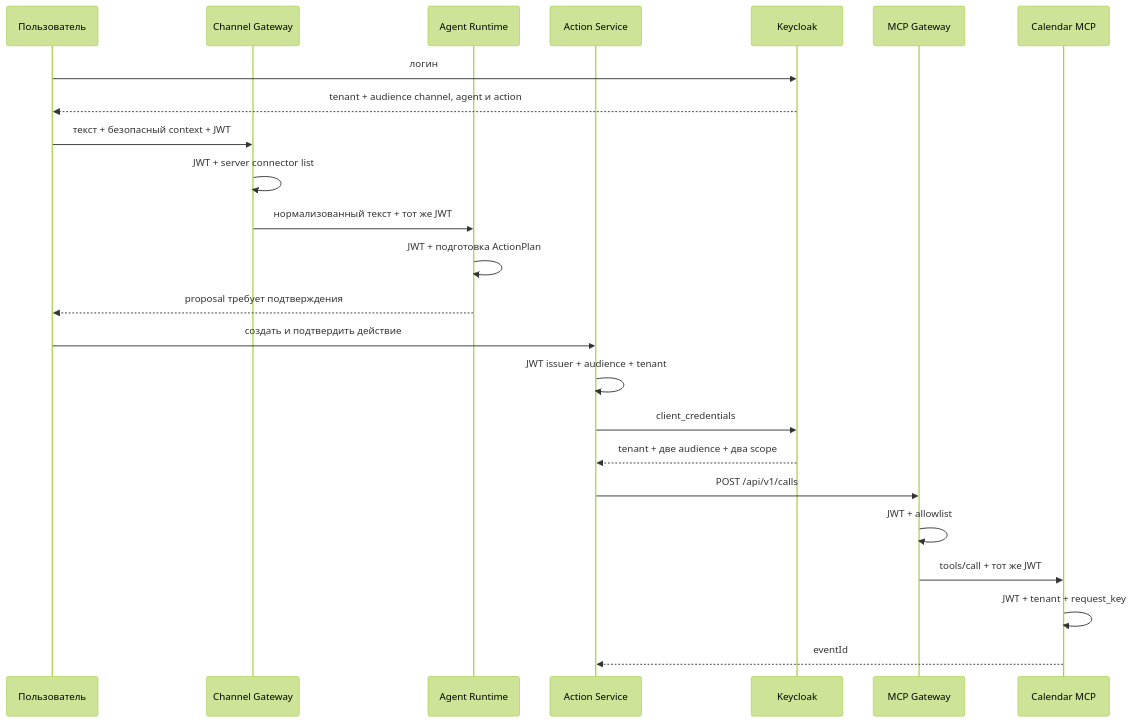
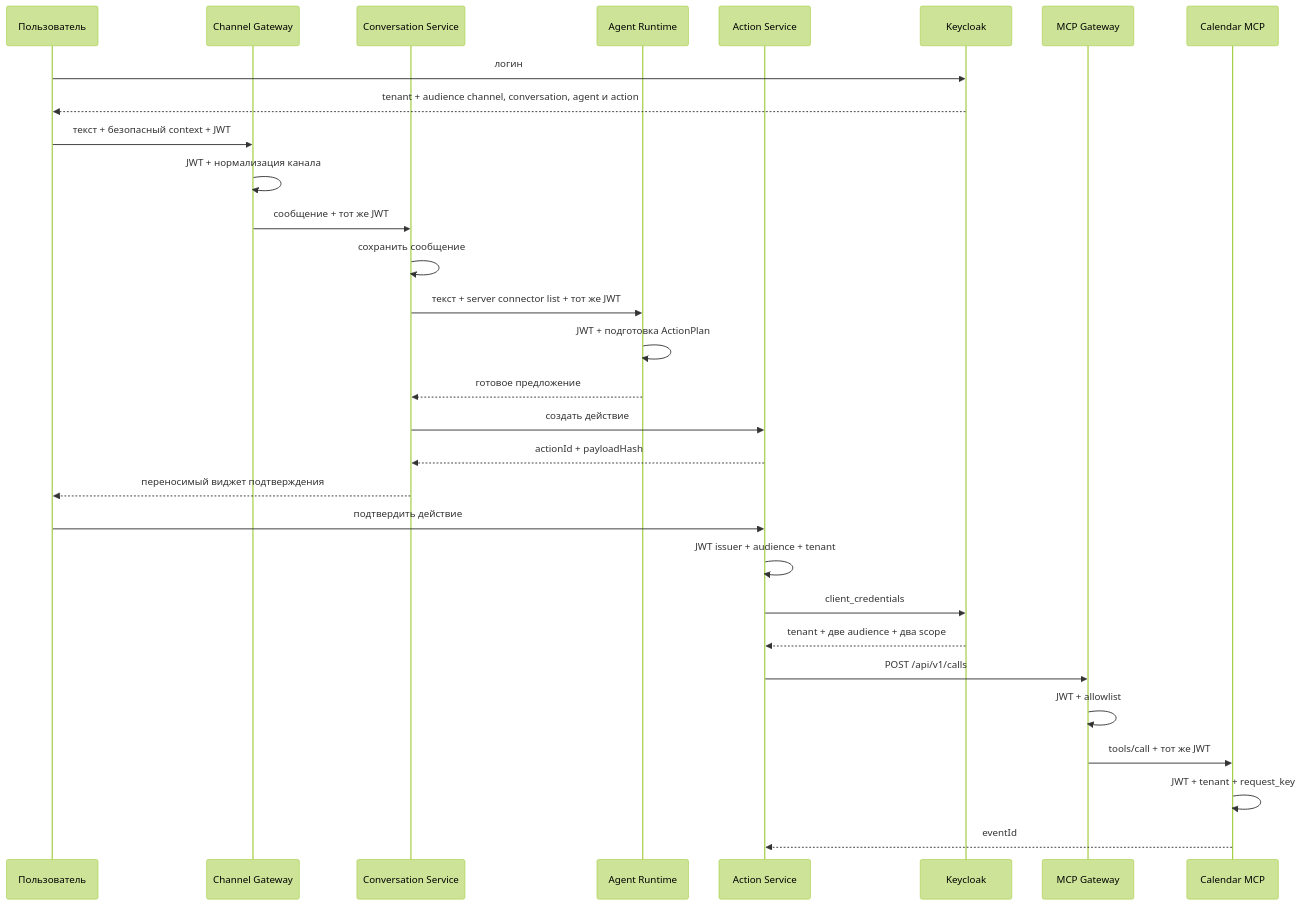
The diagram in docs/architecture.md (portable-agent/deploy), drawn with Mermaid (forest theme) before and after one commit. The commit also changed other lines of this file and 5 other files, not shown here.

Commit message:
feat: route channels through conversation service

````diff
--- a/docs/architecture.md
+++ b/docs/architecture.md
@@ -30,27 +30,33 @@
 ```mermaid
 sequenceDiagram
     participant User as Пользователь
     participant Channel as Channel Gateway
+    participant Conversation as Conversation Service
     participant Agent as Agent Runtime
     participant Action as Action Service
     participant Keycloak
     participant Gateway as MCP Gateway
     participant Calendar as Calendar MCP
 
     User->>Keycloak: логин
-    Keycloak-->>User: tenant + audience channel, agent и action
+    Keycloak-->>User: tenant + audience channel, conversation, agent и action
     User->>Channel: текст + безопасный context + JWT
-    Channel->>Channel: JWT + server connector list
-    Channel->>Agent: нормализованный текст + тот же JWT
+    Channel->>Channel: JWT + нормализация канала
+    Channel->>Conversation: сообщение + тот же JWT
+    Conversation->>Conversation: сохранить сообщение
+    Conversation->>Agent: текст + server connector list + тот же JWT
     Agent->>Agent: JWT + подготовка ActionPlan
-    Agent-->>User: proposal требует подтверждения
-    User->>Action: создать и подтвердить действие
+    Agent-->>Conversation: готовое предложение
+    Conversation->>Action: создать действие
+    Action-->>Conversation: actionId + payloadHash
+    Conversation-->>User: переносимый виджет подтверждения
+    User->>Action: подтвердить действие
     Action->>Action: JWT issuer + audience + tenant
     Action->>Keycloak: client_credentials
     Keycloak-->>Action: tenant + две audience + два scope
     Action->>Gateway: POST /api/v1/calls
     Gateway->>Gateway: JWT + allowlist
     Gateway->>Calendar: tools/call + тот же JWT
     Calendar->>Calendar: JWT + tenant + request_key
     Calendar-->>Action: eventId
 ```
````
